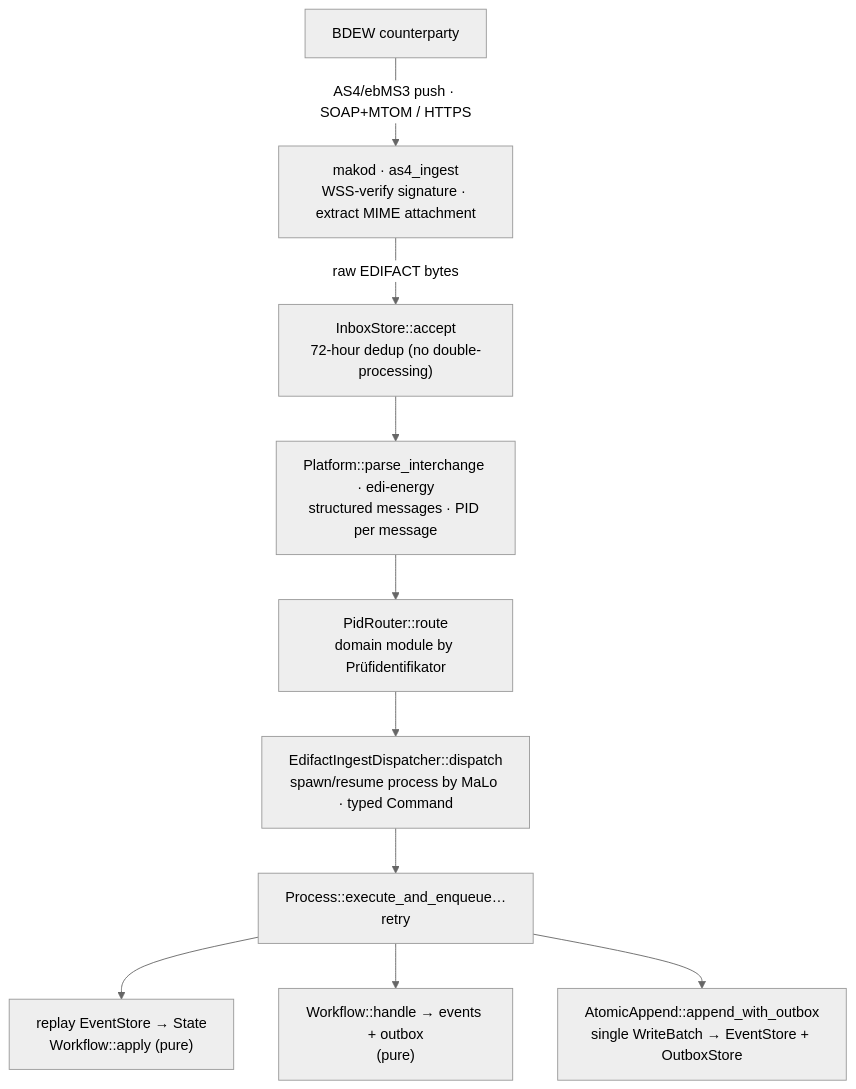
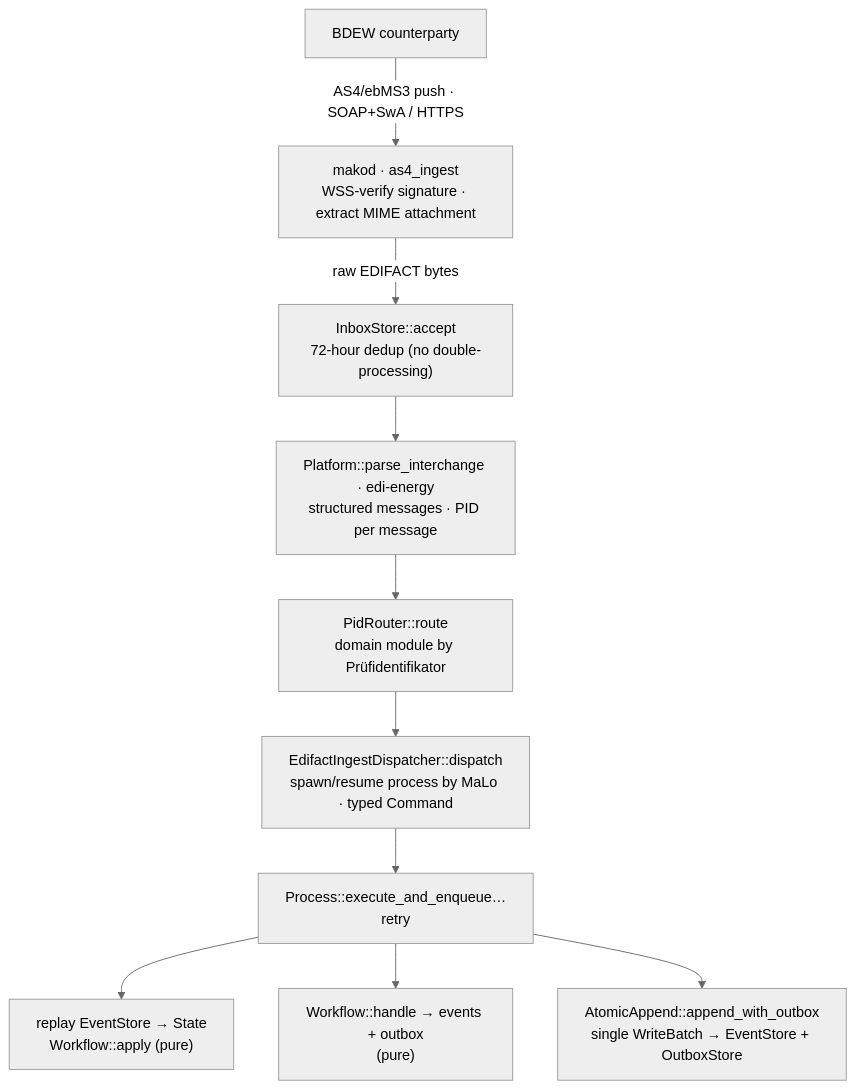
The second of 5 diagrams in site/content/docs/architecture/_index.md (hupe1980/mako), drawn with Mermaid (neutral theme) before and after one commit. The commit also changed other lines of this file and 148 other files, not shown here.

````diff
--- a/site/content/docs/architecture/_index.md
+++ b/site/content/docs/architecture/_index.md
@@ -143,13 +143,13 @@
 ```mermaid
 graph TD
-    A["BDEW counterparty"] -->|"AS4/ebMS3 push · SOAP+MTOM / HTTPS"| B
+    A["BDEW counterparty"] -->|"AS4/ebMS3 push · SOAP+SwA / HTTPS"| B
     B["makod · as4_ingest<br/>WSS-verify signature · extract MIME attachment"] -->|"raw EDIFACT bytes"| C
     C["InboxStore::accept<br/>72-hour dedup (no double-processing)"] --> D
     D["Platform::parse_interchange · edi-energy<br/>structured messages · PID per message"] --> E
     E["PidRouter::route<br/>domain module by Prüfidentifikator"] --> F
     F["EdifactIngestDispatcher::dispatch<br/>spawn/resume process by MaLo · typed Command"] --> G
     G["Process::execute_and_enqueue…retry"]
     G --> H1["replay EventStore → State<br/>Workflow::apply (pure)"]
     G --> H2["Workflow::handle → events + outbox<br/>(pure)"]
     G --> H3["AtomicAppend::append_with_outbox<br/>single WriteBatch → EventStore + OutboxStore"]
 ```
````
